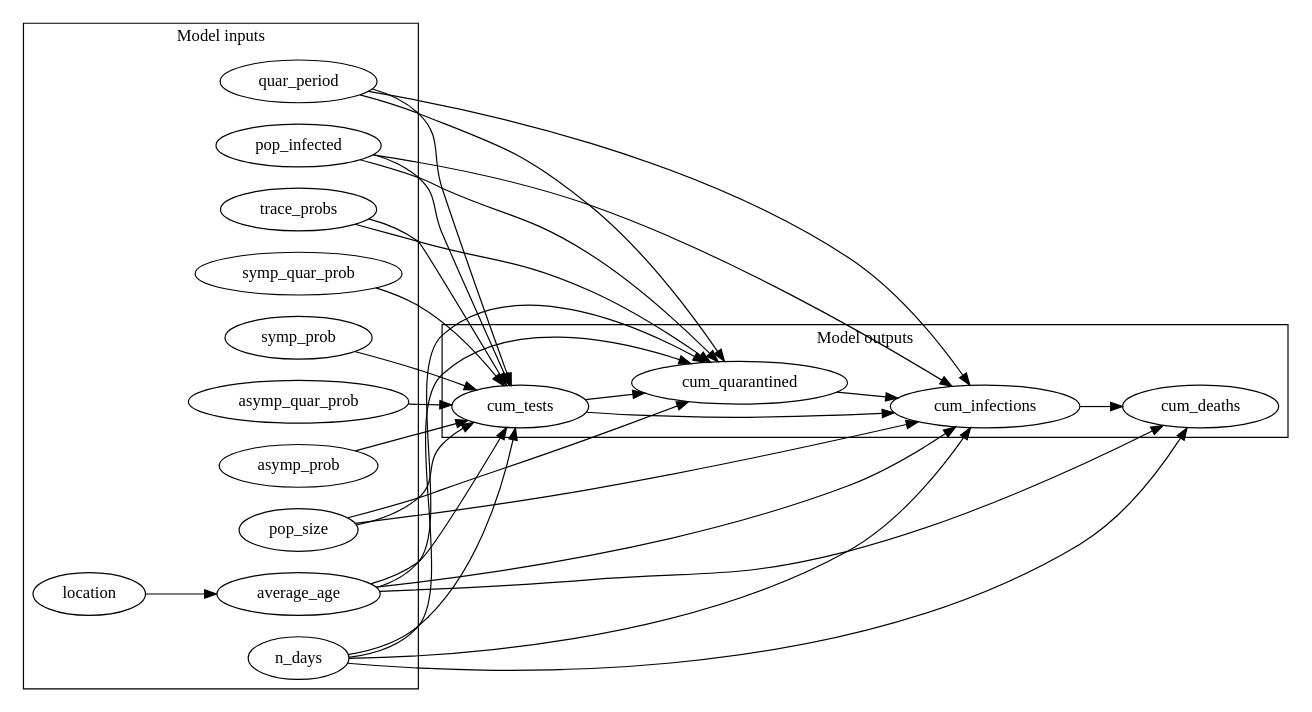
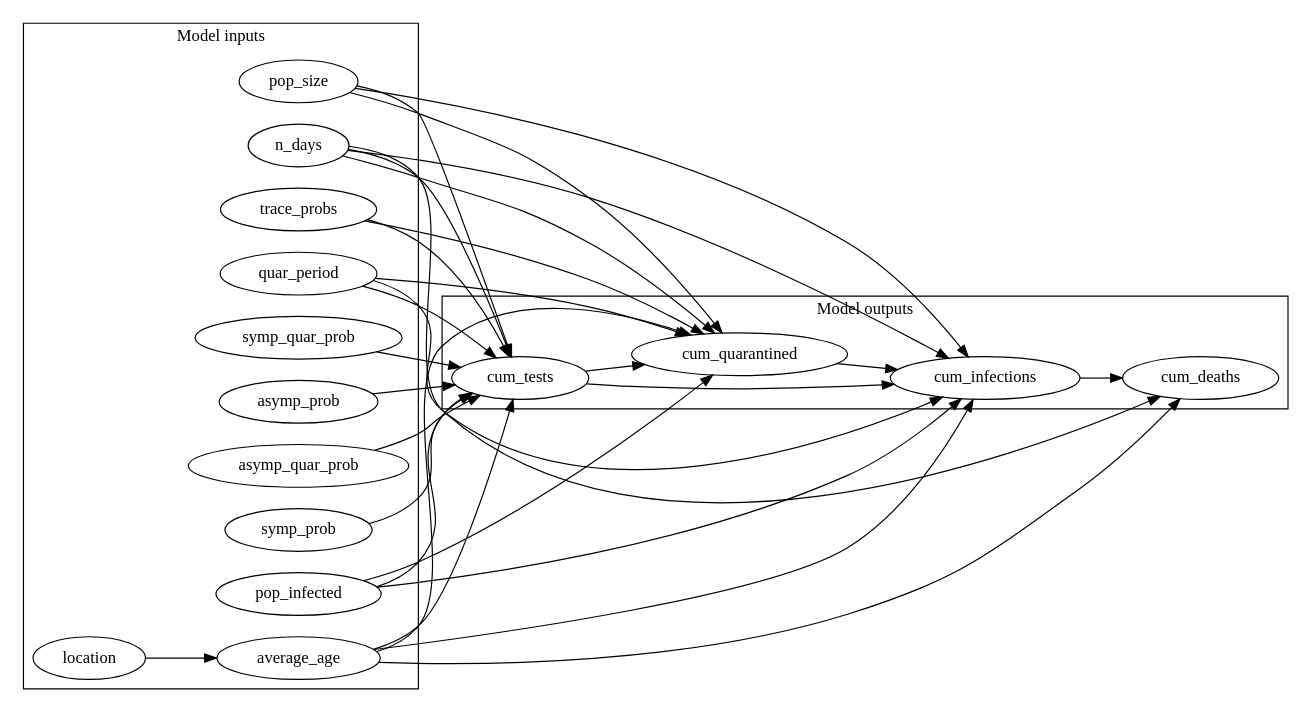
Before and after one commit to CITCOM-project/causcumber: the diagram in scenarios/abstract/dags/compare_interventions_basic.dot, drawn with Graphviz. The commit also changed other lines of this file and 9 other files, not shown here.

```diff
--- a/scenarios/abstract/dags/compare_interventions_basic.dot
+++ b/scenarios/abstract/dags/compare_interventions_basic.dot
@@ -1,54 +1,54 @@
 digraph "" {
 	graph [newrank=True,
 		rankdir=LR
 	];
+	subgraph cluster_outputs {
+		graph [label="Model outputs"];
+		cum_quarantined;
+		cum_tests;
+		cum_deaths;
+		cum_infections;
+	}
 	subgraph cluster_inputs {
 		graph [label="Model inputs"];
+		location;
+		asymp_prob;
+		pop_infected;
+		asymp_quar_prob;
+		trace_probs;
+		quar_period;
+		average_age;
+		pop_size;
 		symp_prob;
-		pop_size;
-		asymp_quar_prob;
-		average_age;
-		asymp_prob;
-		location;
+		symp_quar_prob;
 		n_days;
-		pop_infected;
-		symp_quar_prob;
-		quar_period;
-		trace_probs;
 	}
-	subgraph cluster_outputs {
-		graph [label="Model outputs"];
-		cum_deaths;
-		cum_quarantined;
-		cum_tests;
-		cum_infections;
-	}
-	symp_prob -> cum_tests;
+	location -> average_age;
+	asymp_prob -> cum_tests;
+	pop_infected -> cum_quarantined;
+	pop_infected -> cum_tests;
+	pop_infected -> cum_infections;
+	asymp_quar_prob -> cum_tests;
+	trace_probs -> cum_quarantined;
+	trace_probs -> cum_tests;
+	quar_period -> cum_quarantined;
+	quar_period -> cum_tests;
+	quar_period -> cum_infections;
+	average_age -> cum_quarantined;
+	average_age -> cum_tests;
+	average_age -> cum_deaths;
+	average_age -> cum_infections;
 	pop_size -> cum_quarantined;
 	pop_size -> cum_tests;
 	pop_size -> cum_infections;
-	asymp_quar_prob -> cum_tests;
-	average_age -> cum_deaths;
-	average_age -> cum_quarantined;
-	average_age -> cum_tests;
-	average_age -> cum_infections;
-	asymp_prob -> cum_tests;
-	location -> average_age;
-	n_days -> cum_deaths;
+	symp_prob -> cum_tests;
+	symp_quar_prob -> cum_tests;
 	n_days -> cum_quarantined;
 	n_days -> cum_tests;
+	n_days -> cum_deaths;
 	n_days -> cum_infections;
-	pop_infected -> cum_quarantined;
-	pop_infected -> cum_tests;
-	pop_infected -> cum_infections;
-	symp_quar_prob -> cum_tests;
-	quar_period -> cum_quarantined;
-	quar_period -> cum_tests;
-	quar_period -> cum_infections;
-	trace_probs -> cum_quarantined;
-	trace_probs -> cum_tests;
 	cum_quarantined -> cum_infections;
 	cum_tests -> cum_quarantined;
 	cum_tests -> cum_infections;
 	cum_infections -> cum_deaths;
 }
```
